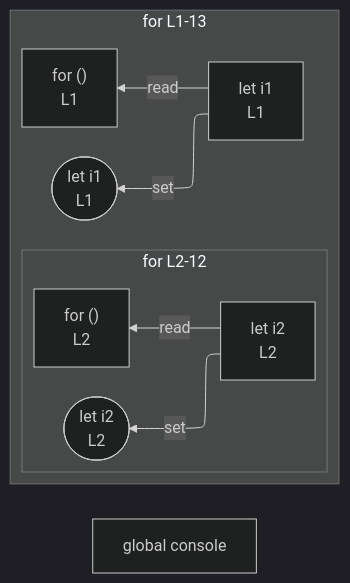
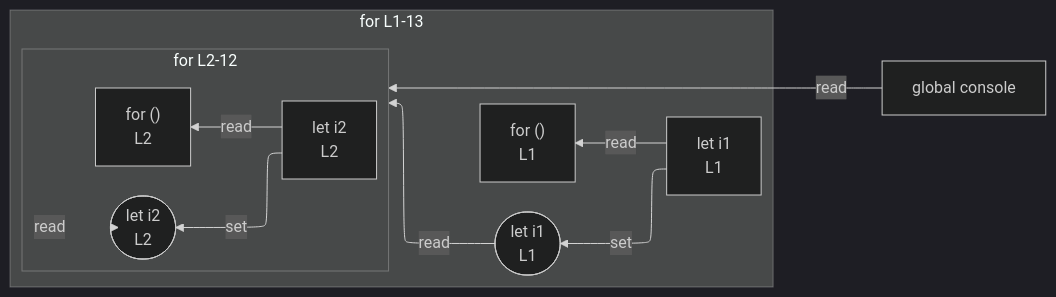
One commit to crescware/unsnarl changed the diagram in integration/fixtures/app-behavior/depth/for/depth-1/preview.md. Above: the diagram before and after it, drawn with Mermaid (dark theme). The commit also changed 63 other files, not shown here.

````diff
--- a/integration/fixtures/app-behavior/depth/for/depth-1/preview.md
+++ b/integration/fixtures/app-behavior/depth/for/depth-1/preview.md
@@ -23,21 +23,24 @@
 ```mermaid
 %%{init: {"flowchart": {"defaultRenderer": "elk"}}}%%
 flowchart RL
   n_scope_0_console_240["global console"]
   subgraph s_scope_1["for L1-13"]
     direction RL
     for_test_scope_0_0["for ()<br/>L1"]
     n_scope_1_i1_9["let i1<br/>L1"]
     wr_ref_2(["let i1<br/>L1"])
     subgraph s_scope_3["for L2-12"]
       direction RL
       for_test_scope_2_35["for ()<br/>L2"]
       n_scope_3_i2_44["let i2<br/>L2"]
       wr_ref_5(["let i2<br/>L2"])
     end
   end
   n_scope_1_i1_9 -->|set| wr_ref_2
   n_scope_3_i2_44 -->|set| wr_ref_5
   n_scope_1_i1_9 -->|read| for_test_scope_0_0
   n_scope_3_i2_44 -->|read| for_test_scope_2_35
+  n_scope_0_console_240 -->|read| s_scope_3
+  wr_ref_2 -->|read| s_scope_3
+  wr_ref_5 -->|read| s_scope_3
 ```
````
